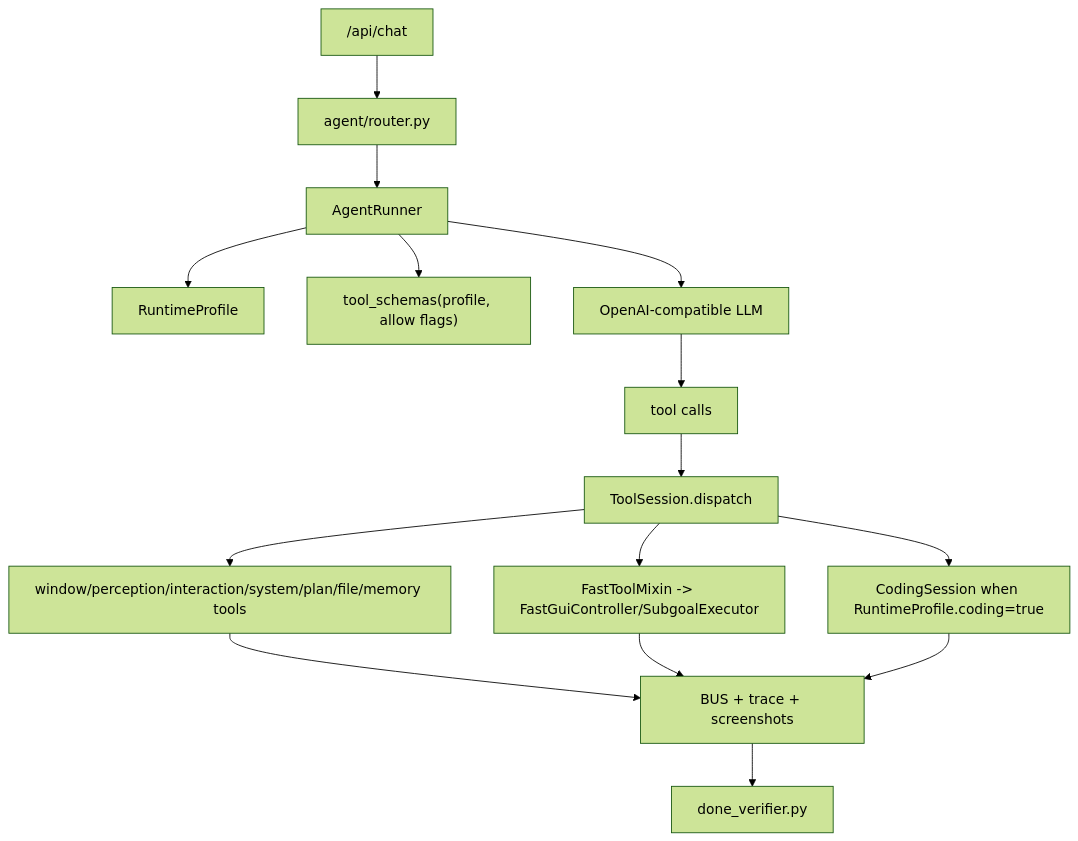
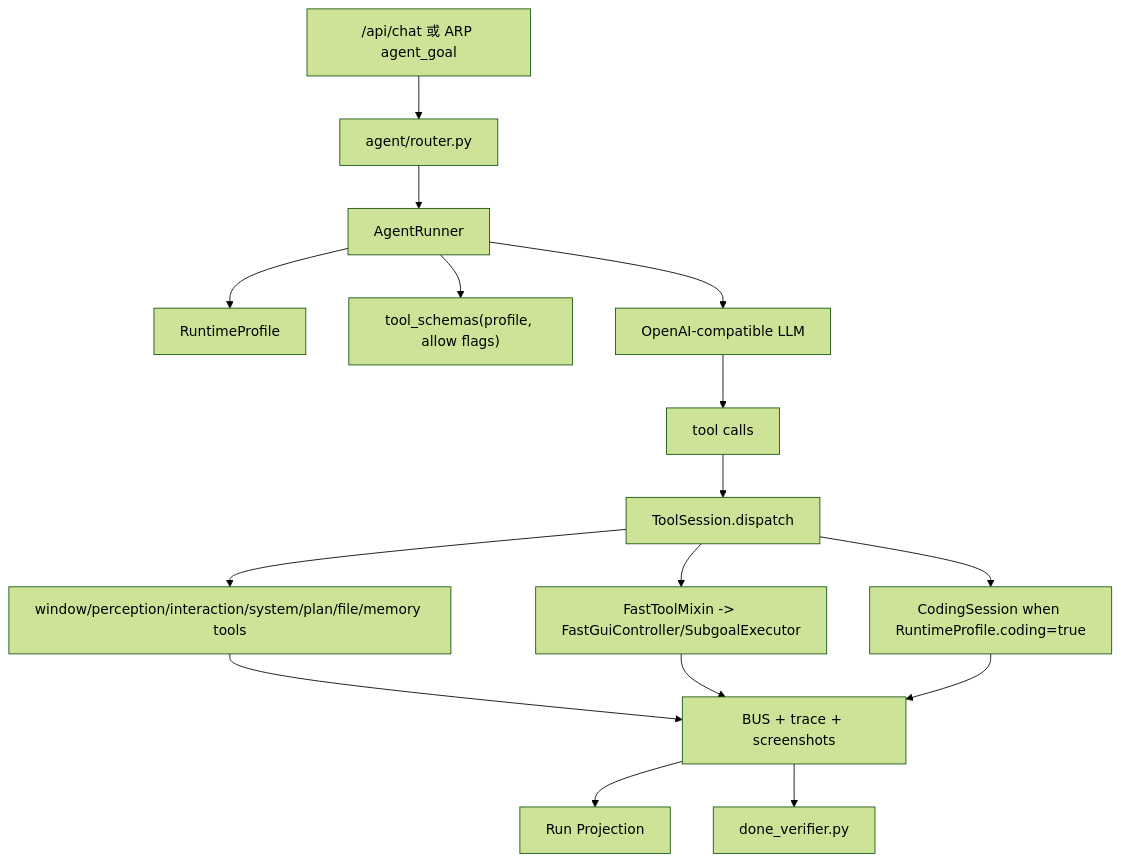
Before and after one commit to zoujiapeng/lingdong-script: the second of 2 diagrams in docs/architecture.md, drawn with Mermaid (forest theme). The commit also changed other lines of this file and 66 other files, not shown here.

Commit message:
Rearchitect GUI agent around low-latency ARP

````diff
--- a/docs/architecture.md
+++ b/docs/architecture.md
@@ -59,17 +65,18 @@
 ```mermaid
 flowchart TD
-  Chat["/api/chat"] --> Router["agent/router.py"]
+  Chat["/api/chat 或 ARP agent_goal"] --> Router["agent/router.py"]
   Router --> Runner["AgentRunner"]
   Runner --> Profile["RuntimeProfile"]
   Runner --> Schema["tool_schemas(profile, allow flags)"]
   Runner --> LLM["OpenAI-compatible LLM"]
   LLM --> Calls["tool calls"]
   Calls --> Dispatch["ToolSession.dispatch"]
   Dispatch --> Mixins["window/perception/interaction/system/plan/file/memory tools"]
   Dispatch --> Fast["FastToolMixin -> FastGuiController/SubgoalExecutor"]
   Dispatch --> Coding["CodingSession when RuntimeProfile.coding=true"]
   Mixins --> Trace["BUS + trace + screenshots"]
   Fast --> Trace
   Coding --> Trace
+  Trace --> Projection["Run Projection"]
   Trace --> Done["done_verifier.py"]
 ```
````
